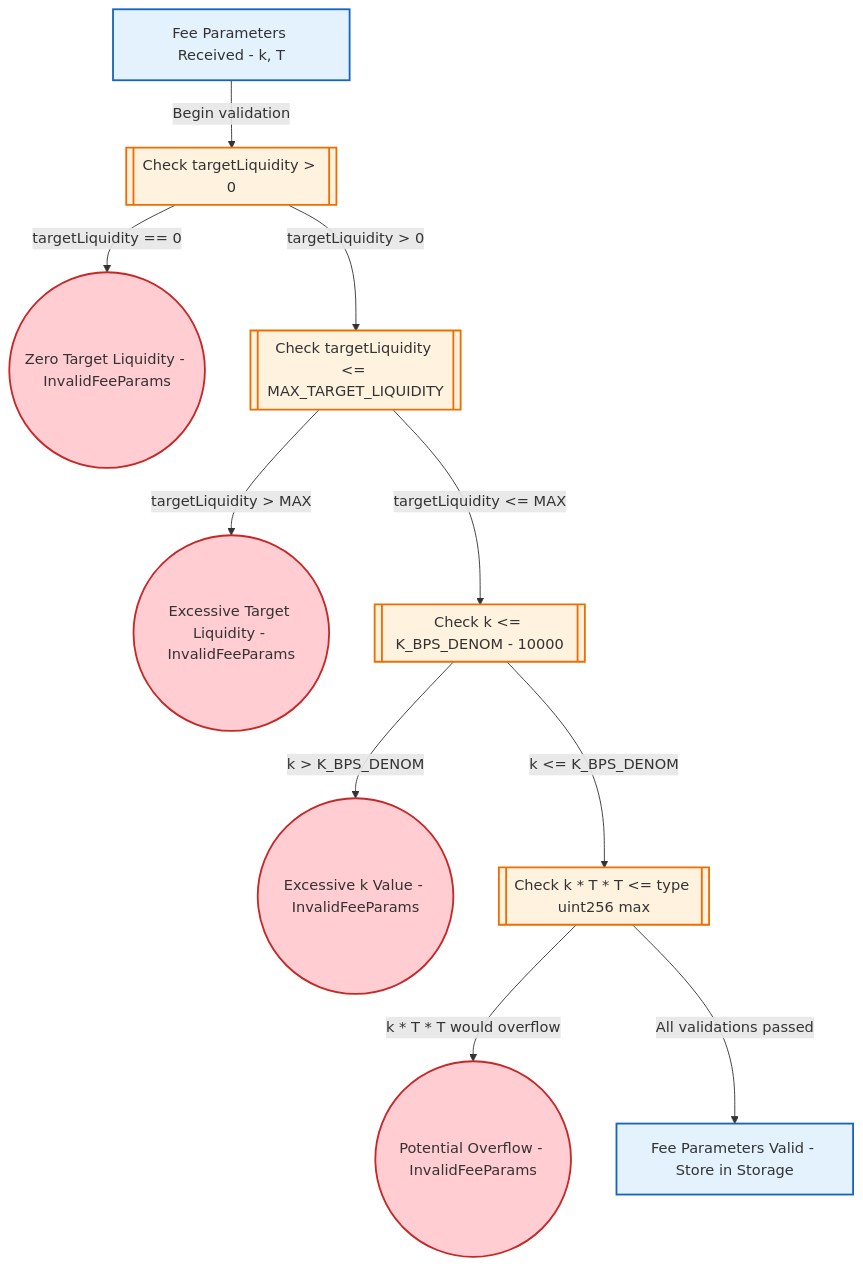
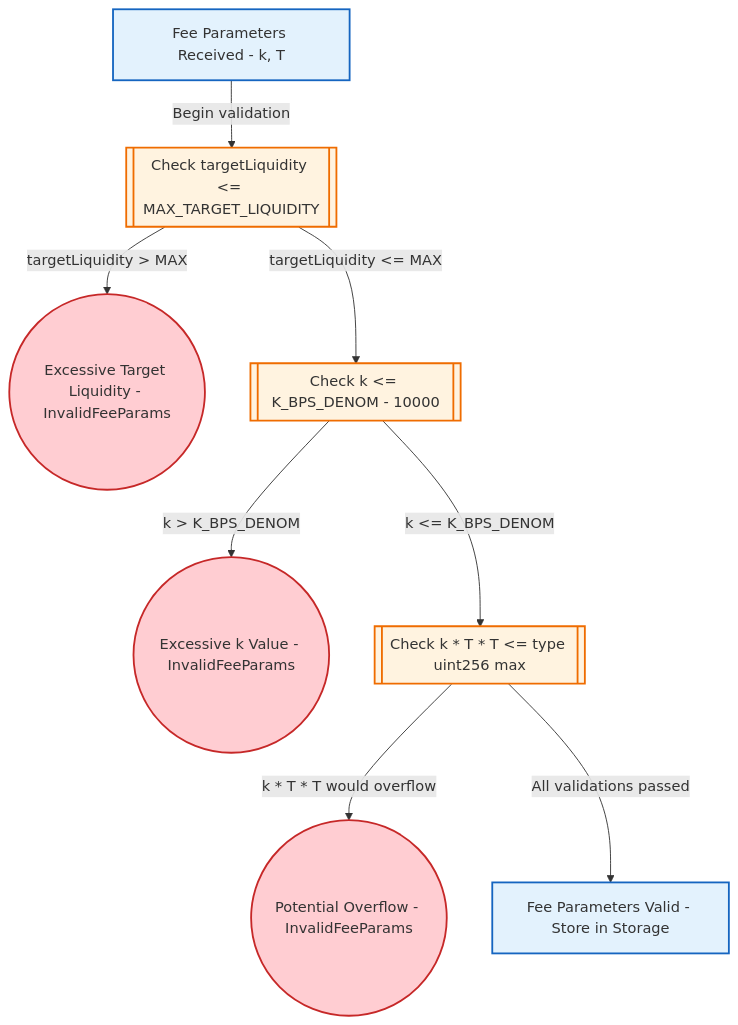
Before and after one commit to NyxFoundation/speca: diagram 19 of 23 in outputs/specs.md, drawn with Mermaid. The commit also changed other lines of this file and 3 other files, not shown here.

Commit message:
remove targetLiquidity is nonzero check constraint

````diff
--- a/outputs/specs.md
+++ b/outputs/specs.md
@@ -1621,38 +1621,32 @@
 ```mermaid
 flowchart TD
     classDef stateNode fill:#e3f2fd,stroke:#1565c0,stroke-width:2px
     classDef actionNode fill:#fff3e0,stroke:#ef6c00,stroke-width:2px
     classDef errorNode fill:#ffcdd2,stroke:#c62828,stroke-width:2px
 
     STATE_FEE_PARAMS_INPUT["Fee Parameters Received - k, T"]
-    ACTION_VALIDATE_TARGET_NONZERO[["Check targetLiquidity > 0"]]
-    STATE_ZERO_TARGET_REJECTED(("Zero Target Liquidity - InvalidFeeParams"))
     ACTION_VALIDATE_TARGET_MAX[["Check targetLiquidity <= MAX_TARGET_LIQUIDITY"]]
     STATE_EXCESS_TARGET_REJECTED(("Excessive Target Liquidity - InvalidFeeParams"))
     ACTION_VALIDATE_K_MAX[["Check k <= K_BPS_DENOM - 10000"]]
     STATE_EXCESS_K_REJECTED(("Excessive k Value - InvalidFeeParams"))
     ACTION_VALIDATE_OVERFLOW[["Check k * T * T <= type uint256 max"]]
     STATE_OVERFLOW_REJECTED(("Potential Overflow - InvalidFeeParams"))
     STATE_FEE_PARAMS_VALID["Fee Parameters Valid - Store in Storage"]
 
-    STATE_FEE_PARAMS_INPUT -->|Begin validation| ACTION_VALIDATE_TARGET_NONZERO
-    ACTION_VALIDATE_TARGET_NONZERO -->|targetLiquidity == 0| STATE_ZERO_TARGET_REJECTED
-    ACTION_VALIDATE_TARGET_NONZERO -->|targetLiquidity > 0| ACTION_VALIDATE_TARGET_MAX
+    STATE_FEE_PARAMS_INPUT -->|Begin validation| ACTION_VALIDATE_TARGET_MAX
     ACTION_VALIDATE_TARGET_MAX -->|targetLiquidity > MAX| STATE_EXCESS_TARGET_REJECTED
     ACTION_VALIDATE_TARGET_MAX -->|targetLiquidity <= MAX| ACTION_VALIDATE_K_MAX
     ACTION_VALIDATE_K_MAX -->|k > K_BPS_DENOM| STATE_EXCESS_K_REJECTED
     ACTION_VALIDATE_K_MAX -->|k <= K_BPS_DENOM| ACTION_VALIDATE_OVERFLOW
     ACTION_VALIDATE_OVERFLOW -->|k * T * T would overflow| STATE_OVERFLOW_REJECTED
     ACTION_VALIDATE_OVERFLOW -->|All validations passed| STATE_FEE_PARAMS_VALID
 
     class STATE_FEE_PARAMS_INPUT stateNode
-    class ACTION_VALIDATE_TARGET_NONZERO actionNode
-    class STATE_ZERO_TARGET_REJECTED errorNode
     class ACTION_VALIDATE_TARGET_MAX actionNode
     class STATE_EXCESS_TARGET_REJECTED errorNode
     class ACTION_VALIDATE_K_MAX actionNode
     class STATE_EXCESS_K_REJECTED errorNode
     class ACTION_VALIDATE_OVERFLOW actionNode
     class STATE_OVERFLOW_REJECTED errorNode
     class STATE_FEE_PARAMS_VALID stateNode
 ```
````
